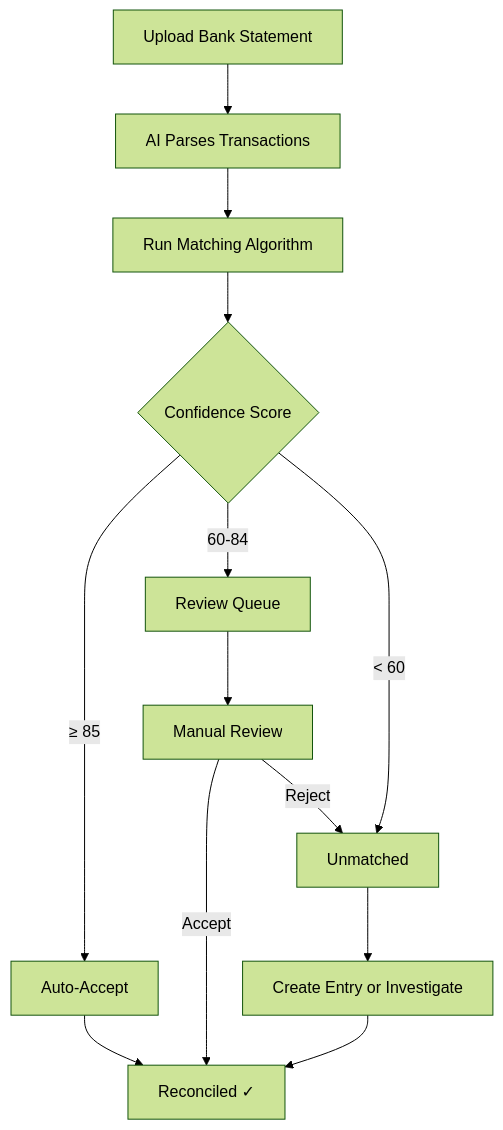
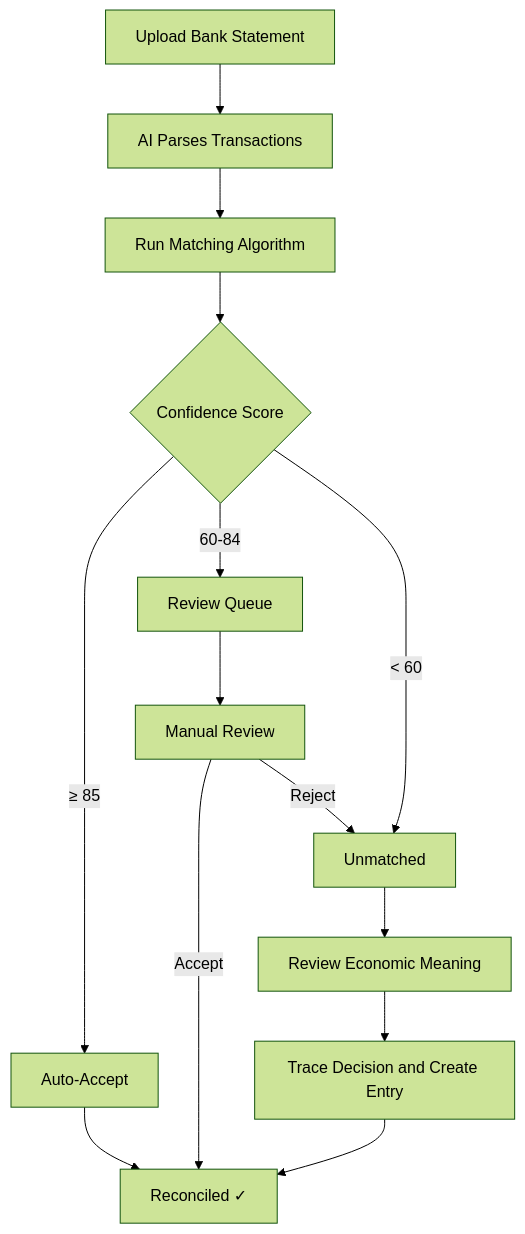
One commit to wangzitian0/finance_report changed the first of 2 diagrams in docs/user-guide/reconciliation.md. Above: the diagram before and after it, drawn with Mermaid (forest theme). The commit also changed other lines of this file and 18 other files, not shown here.

````diff
--- a/docs/user-guide/reconciliation.md
+++ b/docs/user-guide/reconciliation.md
@@ -15,15 +15,16 @@
 ```mermaid
 flowchart TB
     A[Upload Bank Statement] --> B[AI Parses Transactions]
     B --> C[Run Matching Algorithm]
     C --> D{Confidence Score}
     D -->|≥ 85| E[Auto-Accept]
     D -->|60-84| F[Review Queue]
     D -->|< 60| G[Unmatched]
     E --> H[Reconciled ✓]
     F --> I[Manual Review]
     I -->|Accept| H
     I -->|Reject| G
-    G --> J[Create Entry or Investigate]
-    J --> H
+    G --> J[Review Economic Meaning]
+    J --> K[Trace Decision and Create Entry]
+    K --> H
 ```
````
